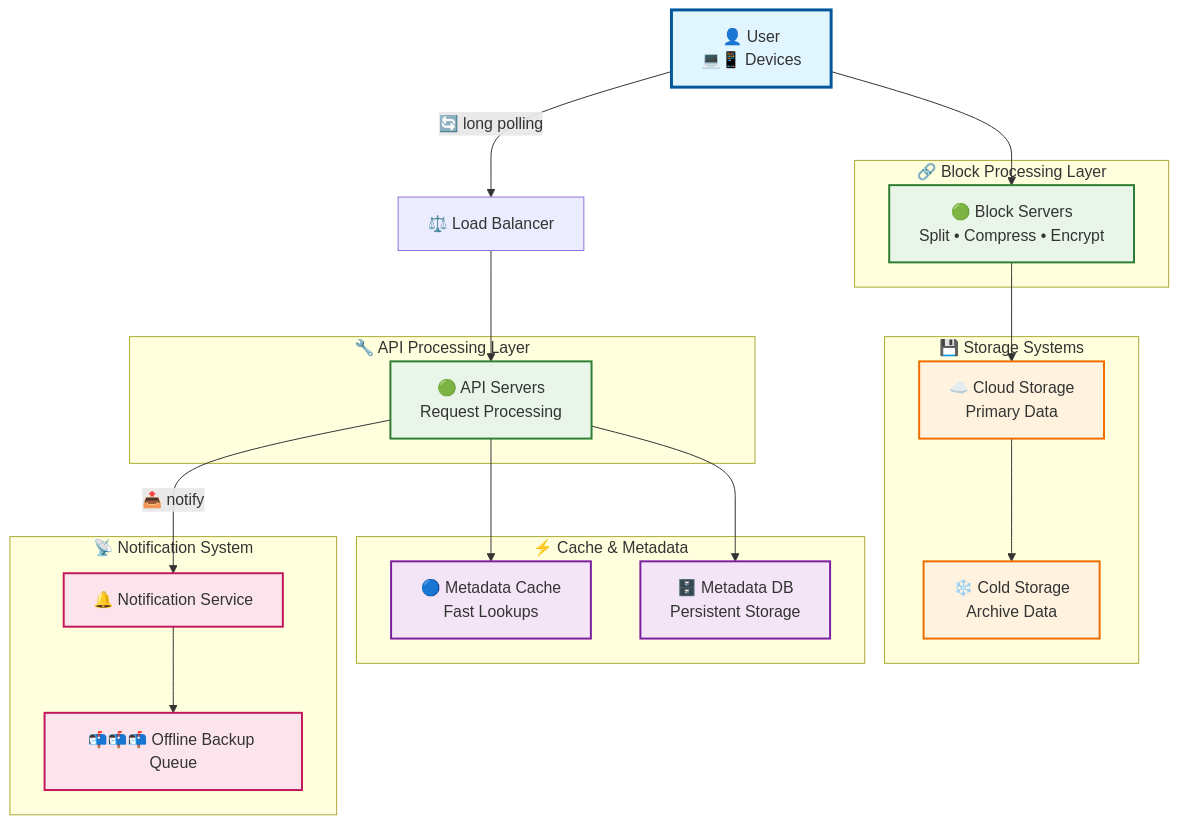
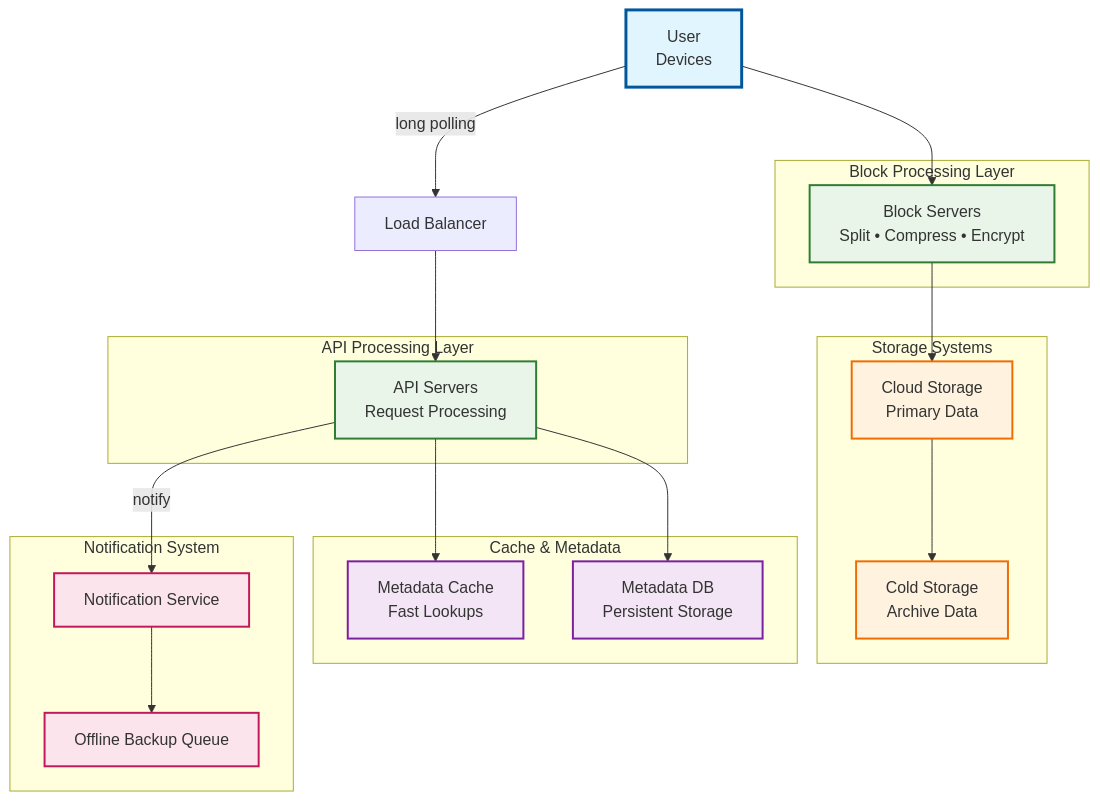
Before and after one commit to NalinDalal/system-design: the second of 6 diagrams in 13.GoogleDrive.md, drawn with Mermaid. The commit also changed other lines of this file, not shown here.

Commit message:
google drive or cloud storage

````diff
--- a/13.GoogleDrive.md
+++ b/13.GoogleDrive.md
@@ -116,51 +116,51 @@
 ```mermaid
 graph TD
-    User[👤 User<br/>💻📱 Devices]
+    User[User<br/> Devices]
 
-    subgraph BlockLayer["🔗 Block Processing Layer"]
-        BS[🟢 Block Servers<br/>Split • Compress • Encrypt]
+    subgraph BlockLayer["Block Processing Layer"]
+        BS[ Block Servers<br/>Split • Compress • Encrypt]
     end
 
-    LB[⚖️ Load Balancer]
+    LB[Load Balancer]
 
-    subgraph APILayer["🔧 API Processing Layer"]
-        API[🟢 API Servers<br/>Request Processing]
+    subgraph APILayer["API Processing Layer"]
+        API[ API Servers<br/>Request Processing]
     end
 
-    subgraph StorageLayer["💾 Storage Systems"]
-        CS[☁️ Cloud Storage<br/>Primary Data]
-        COLD[❄️ Cold Storage<br/>Archive Data]
+    subgraph StorageLayer[" Storage Systems"]
+        CS[ Cloud Storage<br/>Primary Data]
+        COLD[ Cold Storage<br/>Archive Data]
     end
 
-    subgraph CacheLayer["⚡ Cache & Metadata"]
-        MC[🔵 Metadata Cache<br/>Fast Lookups]
-        MDB[🗄️ Metadata DB<br/>Persistent Storage]
+    subgraph CacheLayer[" Cache & Metadata"]
+        MC[ Metadata Cache<br/>Fast Lookups]
+        MDB[ Metadata DB<br/>Persistent Storage]
     end
 
-    subgraph NotificationLayer["📡 Notification System"]
-        NS[🔔 Notification Service]
-        OBQ[📬📬📬 Offline Backup Queue]
+    subgraph NotificationLayer[" Notification System"]
+        NS[ Notification Service]
+        OBQ[ Offline Backup Queue]
     end
 
-    User -->|"🔄 long polling"| LB
+    User -->|" long polling"| LB
     User --> BS
     BS --> CS
     CS --> COLD
     LB --> API
     API --> MC
     API --> MDB
-    API -->|"📤 notify"| NS
+    API -->|" notify"| NS
     NS --> OBQ
 
     classDef userStyle fill:#e1f5fe,stroke:#01579b,stroke-width:3px
     classDef serverStyle fill:#e8f5e8,stroke:#2e7d32,stroke-width:2px
     classDef storageStyle fill:#fff3e0,stroke:#ef6c00,stroke-width:2px
     classDef cacheStyle fill:#f3e5f5,stroke:#7b1fa2,stroke-width:2px
     classDef notifyStyle fill:#fce4ec,stroke:#c2185b,stroke-width:2px
 
     class User userStyle
     class BS,API serverStyle
     class CS,COLD storageStyle
     class MC,MDB cacheStyle
     class NS,OBQ notifyStyle
 ```
````
